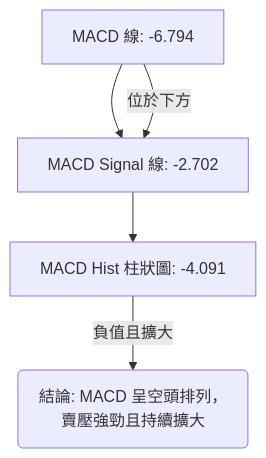
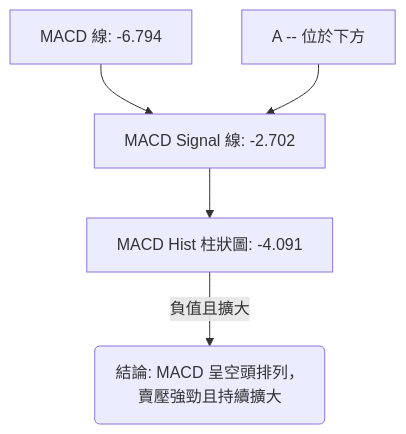
The eighth of 12 diagrams in ai_gen_report/stock/rklb/technical_analysis_2026-06-29_gemini.md (yennanliu/finance_data), drawn with Mermaid before and after one commit. The commit also changed other lines of this file and 2258 other files, not shown here.

First line of the commit message:
chore: backfill Mermaid syntax repair across existing reports

````diff
--- a/ai_gen_report/stock/rklb/technical_analysis_2026-06-29_gemini.md
+++ b/ai_gen_report/stock/rklb/technical_analysis_2026-06-29_gemini.md
@@ -442,8 +442,8 @@
 ```mermaid
 graph TD
-    A[MACD 線: -6.794] --> B[MACD Signal 線: -2.702]
-    B --> C[MACD Hist 柱狀圖: -4.091]
+    A["MACD 線: -6.794"] --> B["MACD Signal 線: -2.702"]
+    B --> C["MACD Hist 柱狀圖: -4.091"]
 
-    A -- 位於下方 --> B
-    C -- 負值且擴大 --> D(結論: MACD 呈空頭排列，賣壓強勁且持續擴大)
+    nb1["A -- 位於下方"] --> B
+    C -- 負值且擴大 --> D("結論: MACD 呈空頭排列，賣壓強勁且持續擴大")
 ```
````
